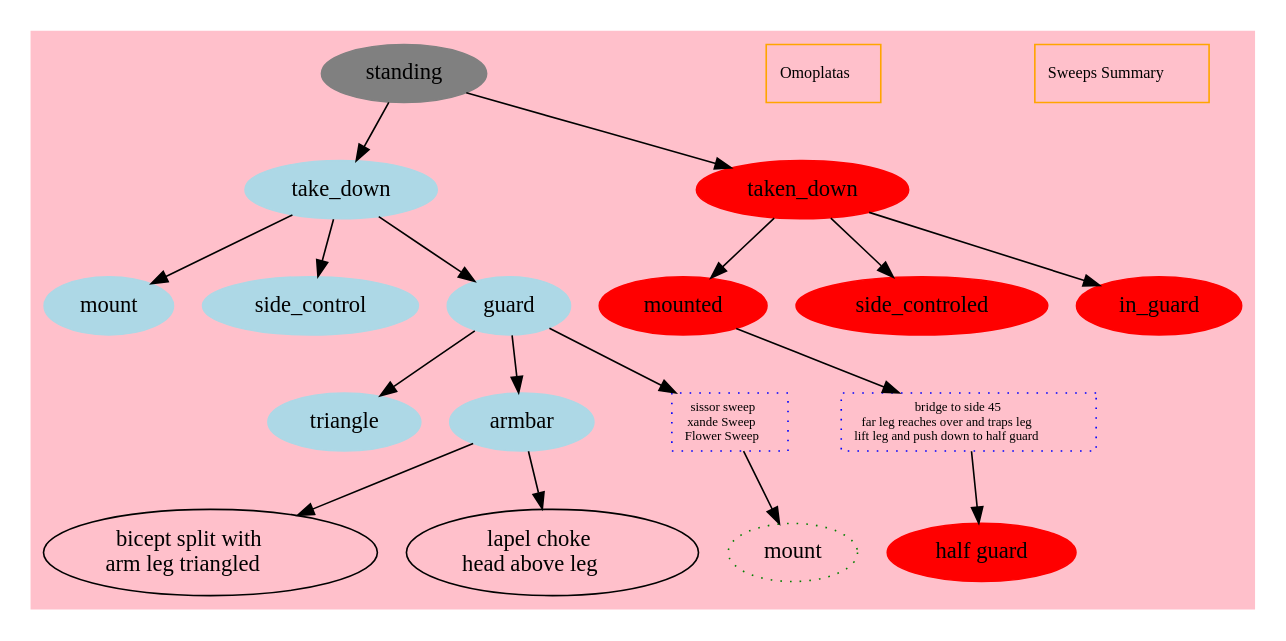
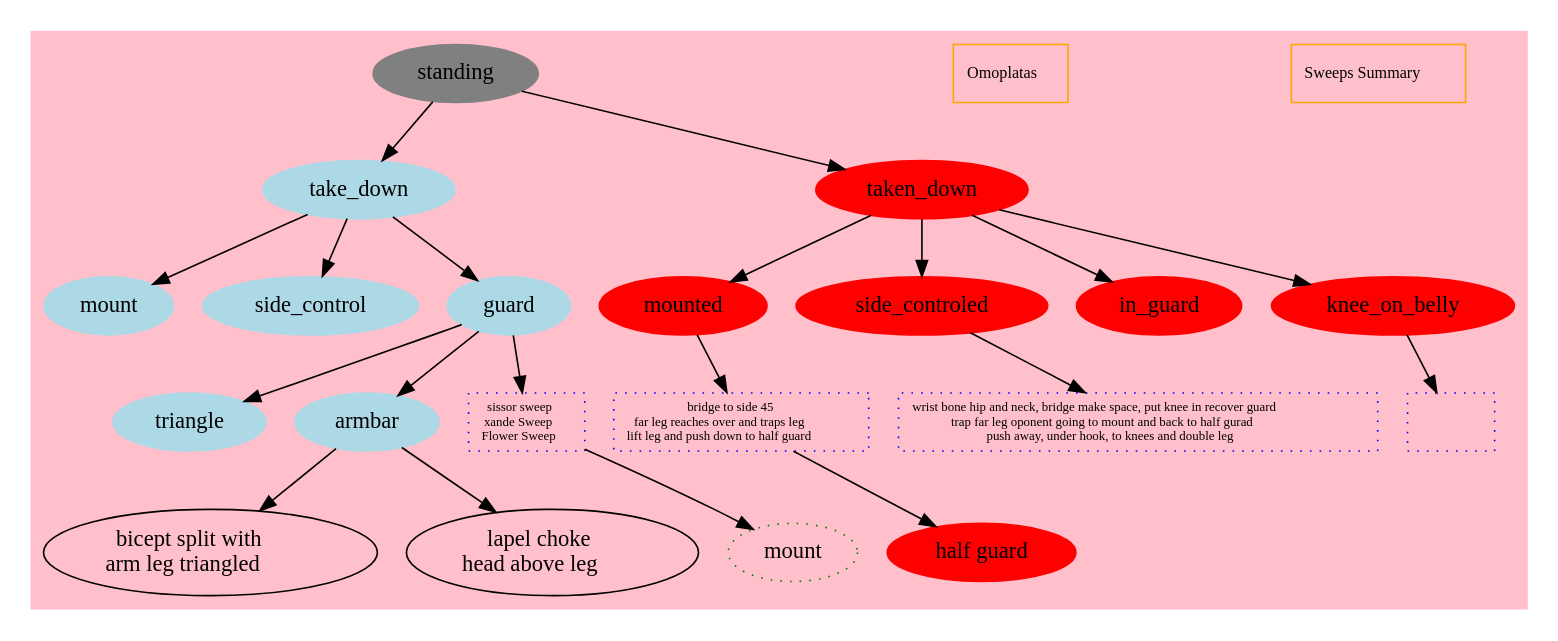
One commit to carltonj2000/jujitsu changed the diagram in jujitsu-moves.dot. Above: the diagram before and after it, drawn with Graphviz. The commit also changed 1 other file, not shown here.

Commit message:
add escapes for side control and mount

```diff
--- a/jujitsu-moves.dot
+++ b/jujitsu-moves.dot
@@ -1,79 +1,106 @@
 digraph G {
     subgraph cluster0 {
         sweepsummary [
             href="https://www.youtube.com/watch?v=cxc6uoaso7Q", 
             shape=box,
             color=orange,
             fontsize=10, 
             label=< <table border="0" cellspacing="0" cellborder="0" cellpadding="0">
             <tr><td>Sweeps Summary</td></tr>
             </table> >
         ];  
 
         omoplata1 [
             href="https://www.youtube.com/watch?v=tfvEGtSCIRI", 
             shape=box,
             color=orange,
             fontsize=10, 
             label=< <table border="0" cellspacing="0" cellborder="0" cellpadding="0">
             <tr><td>Omoplatas</td></tr>
             </table> >
         ];  
 
         style=filled;
         color=pink;
         standing [style=filled,color=gray];
         standing -> take_down;
         standing-> taken_down;
         take_down [style=filled,color=lightblue];
         taken_down [style=filled,color=red];
         taken_down -> mounted;
         taken_down -> side_controled;
         taken_down -> in_guard;
-        mounted [style=filled,color=red];
+        taken_down -> knee_on_belly;
+        knee_on_belly [style=filled,color=red];
+       knee_on_belly -> knee_on_bellyd;
+        knee_on_bellyd [
+            href="https://www.youtube.com/watch?v=S_vtppaNxoc", 
+            shape=box,
+            color=blue,
+            style=dotted,
+            fontsize=8, 
+            label=< <table border="0" cellspacing="0" cellborder="0" cellpadding="0">
+            <tr><td></td></tr>
+            <tr><td></td></tr>
+            <tr><td></td></tr>
+            </table> >
+        ];          mounted [style=filled,color=red];
         mounted -> halfguardd -> halfguard;
         halfguard [label="half guard",style=filled, color=red];
         halfguardd [
             href="https://www.youtube.com/watch?v=q2OAJF__P2w", 
             shape=box,
             color=blue,
             style=dotted,
             fontsize=8, 
             label=< <table border="0" cellspacing="0" cellborder="0" cellpadding="0">
             <tr><td>bridge to side 45</td></tr>
             <tr><td>far leg reaches over and traps leg</td></tr>
             <tr><td>lift leg and push down to half guard</td></tr>
             </table> >
         ];        
         side_controled [style=filled,color=red];
+        side_controled -> side_controledd;
+        side_controledd [
+            href="https://www.youtube.com/watch?v=S_vtppaNxoc", 
+            shape=box,
+            color=blue,
+            style=dotted,
+            fontsize=8, 
+            label=< <table border="0" cellspacing="0" cellborder="0" cellpadding="0">
+            <tr><td>wrist bone hip and neck, bridge make space, put knee in recover guard</td></tr>
+            <tr><td>trap far leg oponent going to mount and back to half gurad</td></tr>
+            <tr><td>push away, under hook, to knees and double leg</td></tr>
+            </table> >
+        ];  
         in_guard [style=filled,color=red];
         take_down -> mount;
         take_down -> side_control;
         take_down -> guard;
         mount [style=filled,color=lightblue];
         side_control [style=filled,color=lightblue];
         guard [style=filled,color=lightblue];
         guard -> triangle;
         triangle [style=filled,color=lightblue];
         guard -> armbar;
         armbar [style=filled,color=lightblue];
         guard -> sweepSissor -> mounte1;
         sweepSissor [
             href="https://www.youtube.com/watch?v=HHs1ftjayUw", 
             shape=box,
             color=blue,
             style=dotted,
             fontsize=8, 
             label=< <table border="0" cellspacing="0" cellborder="0" cellpadding="0">
             <tr><td>sissor sweep</td></tr>
             <tr><td>xande Sweep</td></tr>
             <tr><td>Flower Sweep</td></tr>
             </table> >
         ];
         mounte1 [style=dotted,color=green, label=mount];
         armbar -> ltr;
         ltr [label=<bicept split with<br/> arm leg triangled>];
         armbar -> choke
         choke [label=<lapel choke<br/> head above leg>];
     }
 }
```
